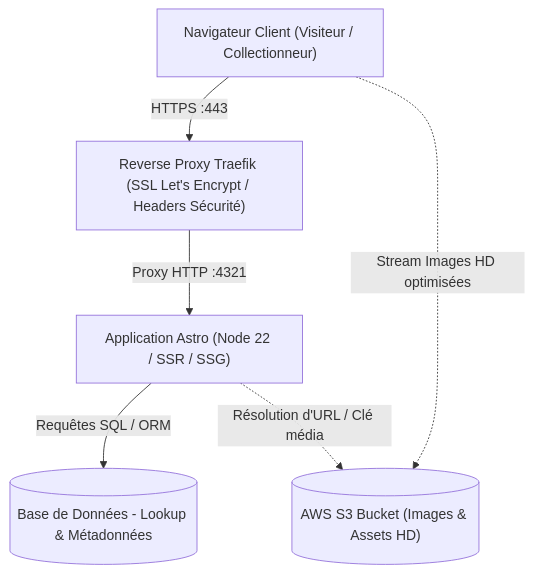
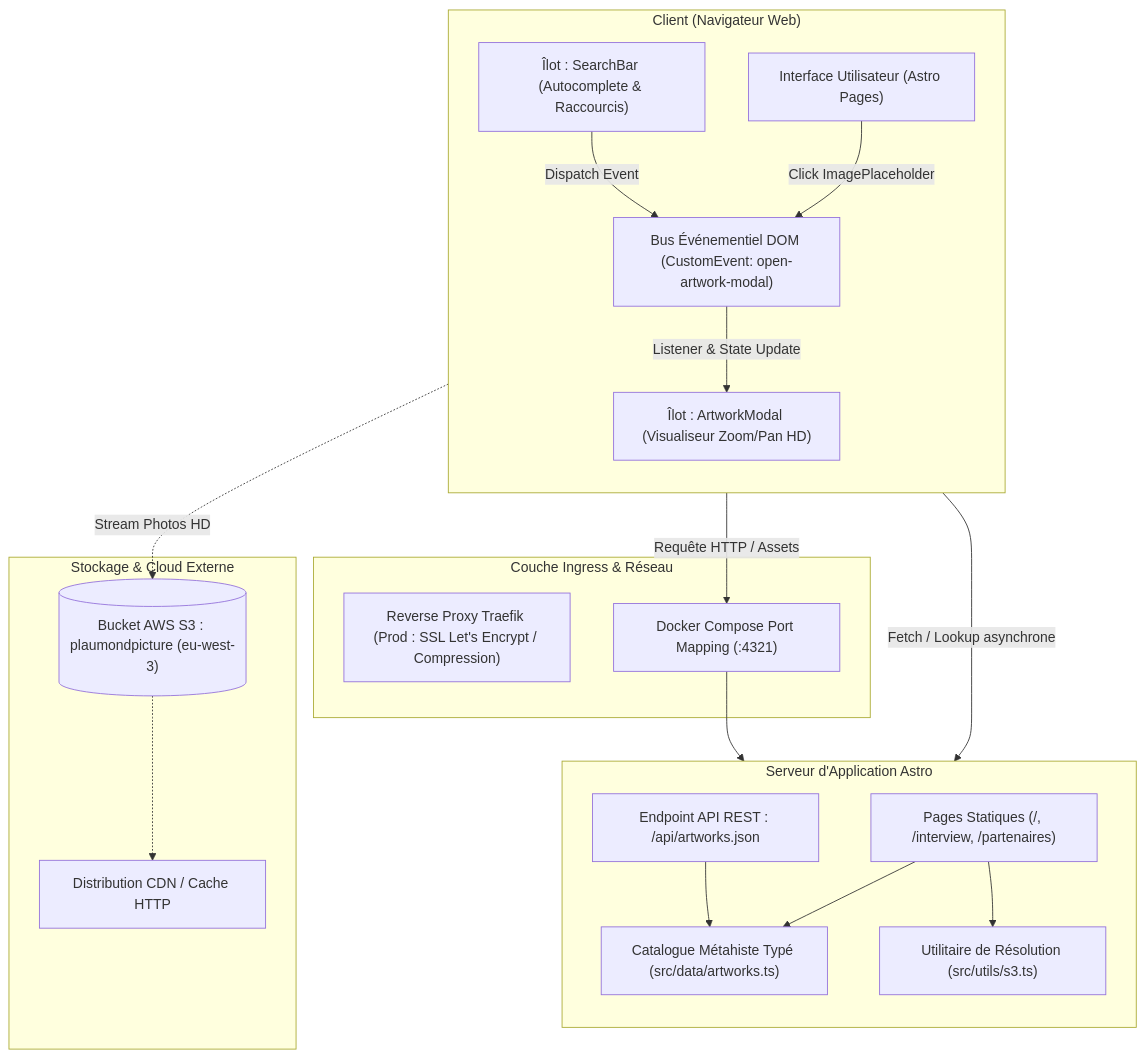
One commit to Paulo54360/m-tahism changed the first of 3 diagrams in docs/architecture.md. Above: the diagram before and after it, drawn with Mermaid. The commit also changed other lines of this file and 2 other files, not shown here.

Commit message:
docs(bmad): actualisation architecture technique et ajout guide de fonctionnement

````diff
--- a/docs/architecture.md
+++ b/docs/architecture.md
@@ -6,14 +24,42 @@
 ```mermaid
-graph TD
-    Client["Navigateur Client (Visiteur / Collectionneur)"]
-    Traefik["Reverse Proxy Traefik (SSL Let's Encrypt / Headers Sécurité)"]
-    AstroApp["Application Astro (Node 22 / SSR / SSG)"]
-    DB[(Base de Données - Lookup & Métadonnées)]
-    S3[("AWS S3 Bucket (Images & Assets HD)")]
+graph TB
+    subgraph Client ["Client (Navigateur Web)"]
+        direction TB
+        Browser["Interface Utilisateur (Astro Pages)"]
+        IslandSearch["Îlot : SearchBar (Autocomplete & Raccourcis)"]
+        IslandModal["Îlot : ArtworkModal (Visualiseur Zoom/Pan HD)"]
+        EventBus["Bus Événementiel DOM (CustomEvent: open-artwork-modal)"]
+        
+        IslandSearch -->|Dispatch Event| EventBus
+        Browser -->|Click ImagePlaceholder| EventBus
+        EventBus -->|Listener & State Update| IslandModal
+    end
 
-    Client -->|HTTPS :443| Traefik
-    Traefik -->|Proxy HTTP :4321| AstroApp
-    AstroApp -->|Requêtes SQL / ORM| DB
-    Client -.->|Stream Images HD optimisées| S3
-    AstroApp -.->|Résolution d'URL / Clé média| S3
+    subgraph Ingress ["Couche Ingress & Réseau"]
+        Traefik["Reverse Proxy Traefik (Prod : SSL Let's Encrypt / Compression)"]
+        PortDev["Docker Compose Port Mapping (:4321)"]
+    end
+
+    subgraph AppServer ["Serveur d'Application Astro"]
+        direction TB
+        StaticPages["Pages Statiques (/, /interview, /partenaires)"]
+        ApiEndpoint["Endpoint API REST : /api/artworks.json"]
+        DataCatalog["Catalogue Métahiste Typé (src/data/artworks.ts)"]
+        S3Resolver["Utilitaire de Résolution (src/utils/s3.ts)"]
+
+        ApiEndpoint --> DataCatalog
+        StaticPages --> S3Resolver
+        StaticPages --> DataCatalog
+    end
+
+    subgraph StorageCloud ["Stockage & Cloud Externe"]
+        S3Bucket[("Bucket AWS S3 : plaumondpicture (eu-west-3)")]
+        CloudFront["Distribution CDN / Cache HTTP"]
+    end
+
+    Client -->|Requête HTTP / Assets| PortDev
+    PortDev --> AppServer
+    IslandSearch -->|Fetch / Lookup asynchrone| ApiEndpoint
+    Browser -.->|Stream Photos HD| S3Bucket
+    S3Bucket -.-> CloudFront
 ```
````
